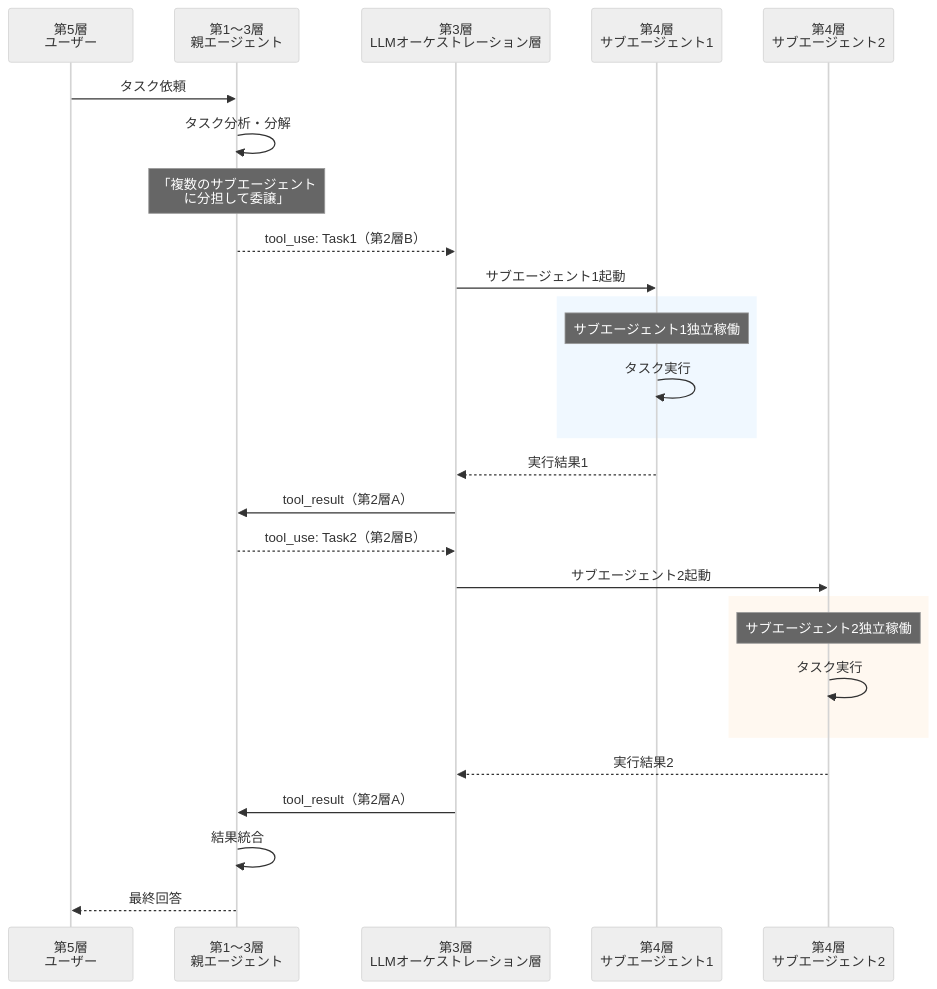
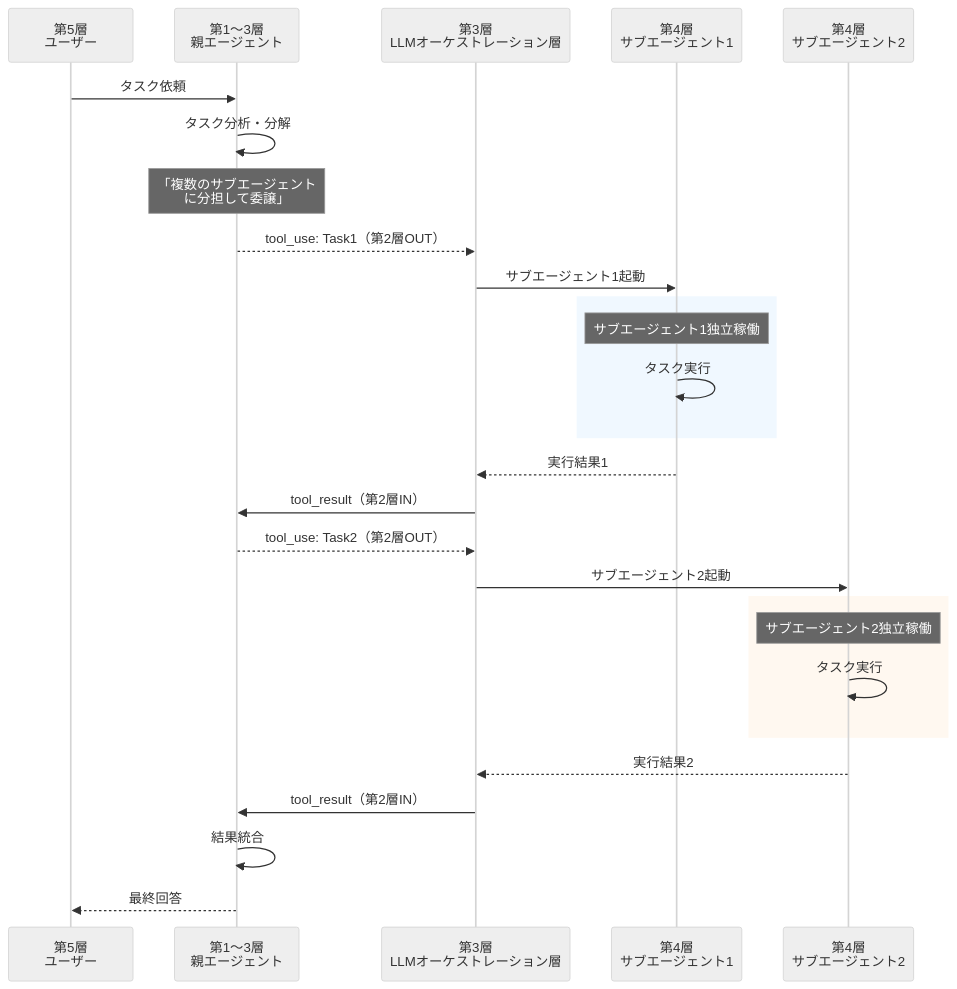
One commit to fsitlab/zenn changed the fourth of 15 diagrams in books/ai-agent-layered-map/04-1-agent-collaboration.md. Above: the diagram before and after it, drawn with Mermaid (neutral theme). The commit also changed other lines of this file and 12 other files, not shown here.

````diff
--- a/books/ai-agent-layered-map/04-1-agent-collaboration.md
+++ b/books/ai-agent-layered-map/04-1-agent-collaboration.md
@@ -132,38 +132,38 @@
 ```mermaid
 sequenceDiagram
     participant User as 第5層<br/>ユーザー
     participant Parent as 第1〜3層<br/>親エージェント
     participant App as 第3層<br/>LLMオーケストレーション層
     participant Sub1 as 第4層<br/>サブエージェント1
     participant Sub2 as 第4層<br/>サブエージェント2
 
     User->>Parent: タスク依頼
     Parent->>Parent: タスク分析・分解
 
     Note over Parent: 「複数のサブエージェント<br/>に分担して委譲」
 
-    Parent-->>App: tool_use: Task1（第2層B）
+    Parent-->>App: tool_use: Task1（第2層OUT）
     App->>Sub1: サブエージェント1起動
 
     rect rgb(240, 248, 255)
         Note over Sub1: サブエージェント1独立稼働
         Sub1->>Sub1: タスク実行
     end
 
     Sub1-->>App: 実行結果1
-    App->>Parent: tool_result（第2層A）
+    App->>Parent: tool_result（第2層IN）
 
-    Parent-->>App: tool_use: Task2（第2層B）
+    Parent-->>App: tool_use: Task2（第2層OUT）
     App->>Sub2: サブエージェント2起動
 
     rect rgb(255, 248, 240)
         Note over Sub2: サブエージェント2独立稼働
         Sub2->>Sub2: タスク実行
     end
 
     Sub2-->>App: 実行結果2
-    App->>Parent: tool_result（第2層A）
+    App->>Parent: tool_result（第2層IN）
 
     Parent->>Parent: 結果統合
     Parent-->>User: 最終回答
 ```
````
